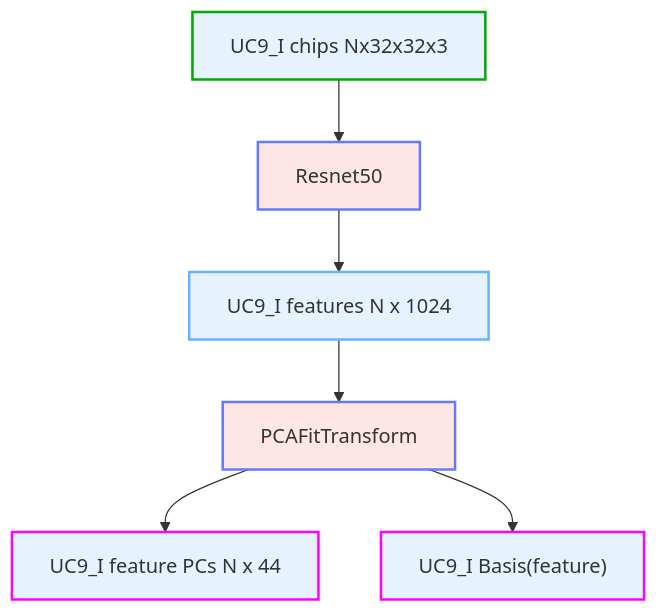
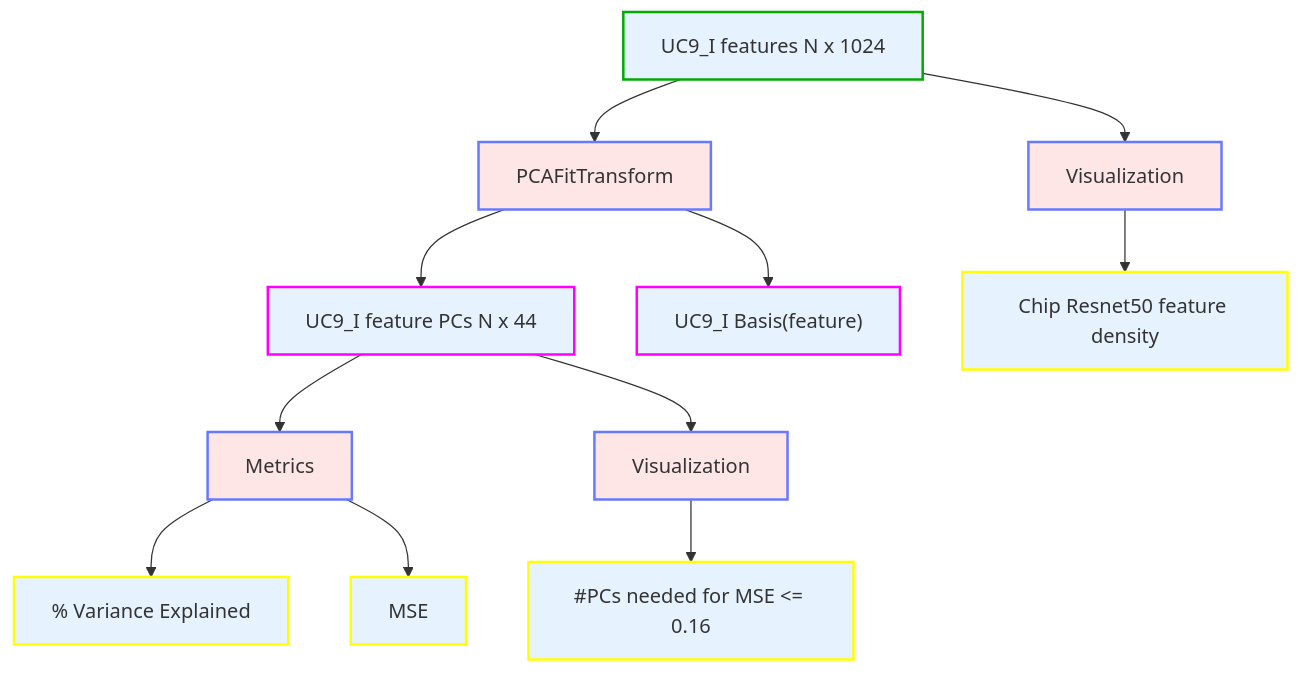
The diagram in mermaid/UC9_I_features_to_PCs.mmd (catskillsresearch/broad-3-catskills), drawn with Mermaid before and after one commit. The commit also changed 6 other files, not shown here.

```diff
--- a/mermaid/UC9_I_features_to_PCs.mmd
+++ b/mermaid/UC9_I_features_to_PCs.mmd
@@ -1,14 +1,22 @@
 %%{init: {'themeVariables': {'nodeTextColor':'#000'}}}%%
 flowchart TD
     classDef data fill:#e6f3ff,stroke:#66b3ff,stroke-width:2px
     classDef op fill:#ffe6e6,stroke:#667aff,stroke-width:2px,shape:round-rect
     classDef inputData fill:#e6f3ff,stroke:#00AA00,stroke-width:2px
     classDef outputData fill:#e6f3ff,stroke:#FF00FF,stroke-width:2px
     classDef outputMetric fill:#e6f3ff,stroke:#FFFF00,stroke-width:2px
 
-    data2["UC9_I chips Nx32x32x3"]:::inputData
-    data2 --> op2["Resnet50"]:::op
-    op2 --> data3["UC9_I features N x 1024"]:::data
+    data3["UC9_I features N x 1024"]:::inputData
     data3 --> op3["PCAFitTransform"]:::op
     op3 --> data4["UC9_I feature PCs N x 44"]:::outputData
     op3 --> data5["UC9_I Basis(feature)"]:::outputData
+    op3aa["Visualization"]:::op
+    data3aa["Chip Resnet50 feature density"]:::outputMetric
+    data3 --> op3aa --> data3aa
+    op3a["Metrics"]:::op
+    op3b["Visualization"]:::op
+    data3a["MSE"]:::outputMetric
+    data3b["% Variance Explained"]:::outputMetric
+    data4c["#PCs needed for MSE <= 0.16"]:::outputMetric
+    data4 --> op3a --> data3b & data3a
+    data4 --> op3b --> data4c
```
